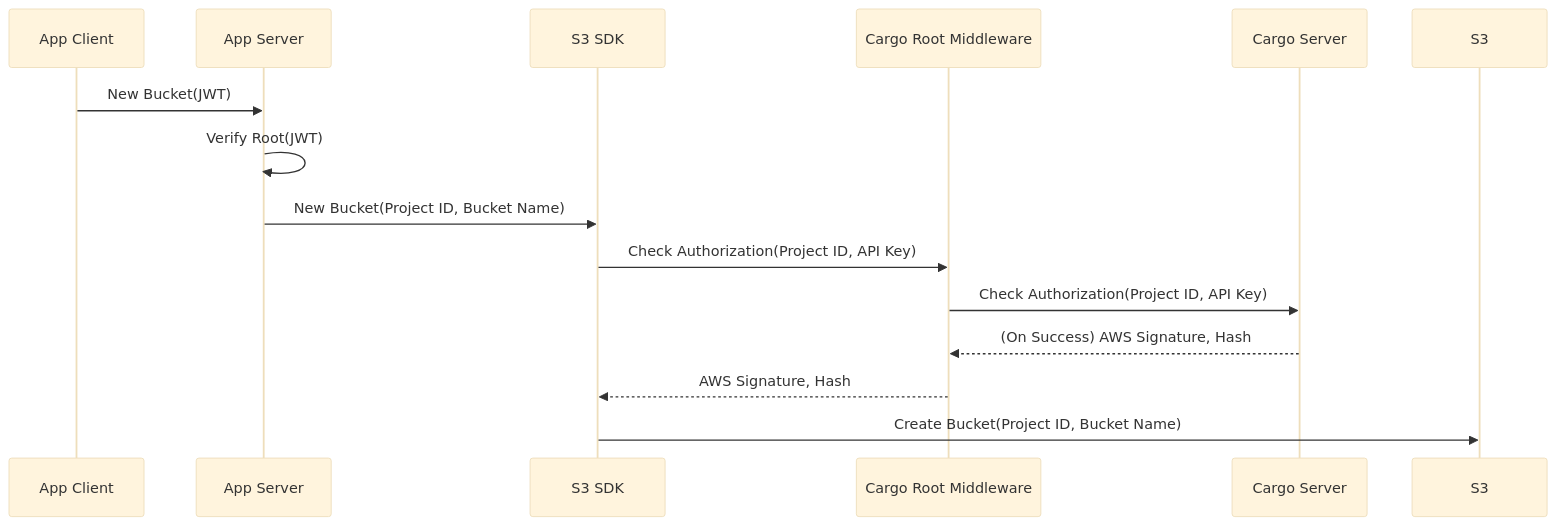
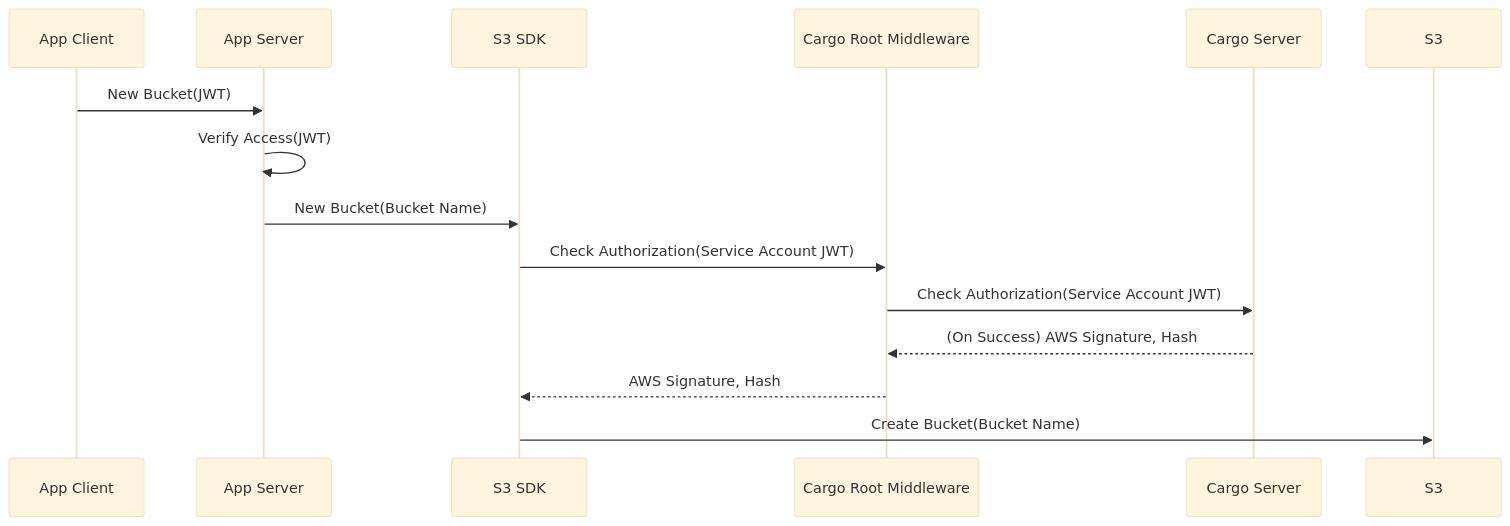
Before and after one commit to hicsail/object-storage-service: the third of 3 diagrams in README.md, drawn with Mermaid (base theme). The commit also changed other lines of this file, not shown here.

````diff
--- a/README.md
+++ b/README.md
@@ -60,12 +57,12 @@
 ```mermaid
 sequenceDiagram
 App Client ->> App Server: New Bucket(JWT)
-App Server ->> App Server: Verify Root(JWT)
-App Server ->> S3 SDK: New Bucket(Project ID, Bucket Name)
-S3 SDK ->> Cargo Root Middleware: Check Authorization(Project ID, API Key)
-Cargo Root Middleware ->> Cargo Server: Check Authorization(Project ID, API Key)
+App Server ->> App Server: Verify Access(JWT)
+App Server ->> S3 SDK: New Bucket(Bucket Name)
+S3 SDK ->> Cargo Root Middleware: Check Authorization(Service Account JWT)
+Cargo Root Middleware ->> Cargo Server: Check Authorization(Service Account JWT)
 Cargo Server -->> Cargo Root Middleware: (On Success) AWS Signature, Hash
 Cargo Root Middleware -->> S3 SDK: AWS Signature, Hash
-S3 SDK ->> S3: Create Bucket(Project ID, Bucket Name)
+S3 SDK ->> S3: Create Bucket(Bucket Name)
 
 ```
````
